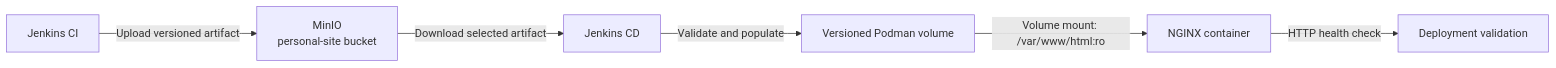
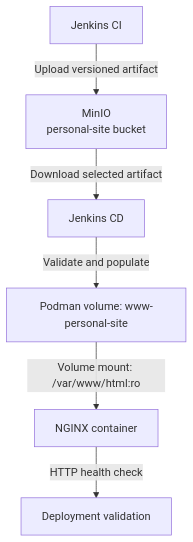
The second of 2 diagrams in docs/web-platform/personal-site/engineering-journal/continuous-deployment/TN-001-design-continuous-deployment-pipeline.md (edkas07-oss/devops-handbook), drawn with Mermaid before and after one commit. The commit also changed other lines of this file and 80 other files, not shown here.

````diff
--- a/docs/web-platform/personal-site/engineering-journal/continuous-deployment/TN-001-design-continuous-deployment-pipeline.md
+++ b/docs/web-platform/personal-site/engineering-journal/continuous-deployment/TN-001-design-continuous-deployment-pipeline.md
@@ -134,8 +183,8 @@
 ```mermaid
-flowchart LR
+flowchart TB
     CI["Jenkins CI"] -->|Upload versioned artifact| MinIO["MinIO\npersonal-site bucket"]
     MinIO -->|Download selected artifact| CD["Jenkins CD"]
-    CD -->|Validate and populate| Release["Versioned Podman volume"]
+    CD -->|Validate and populate| Release["Podman volume: www-personal-site"]
     Release -->|Volume mount: /var/www/html:ro| NGINX["NGINX container"]
     NGINX -->|HTTP health check| Validate["Deployment validation"]
 ```
````
